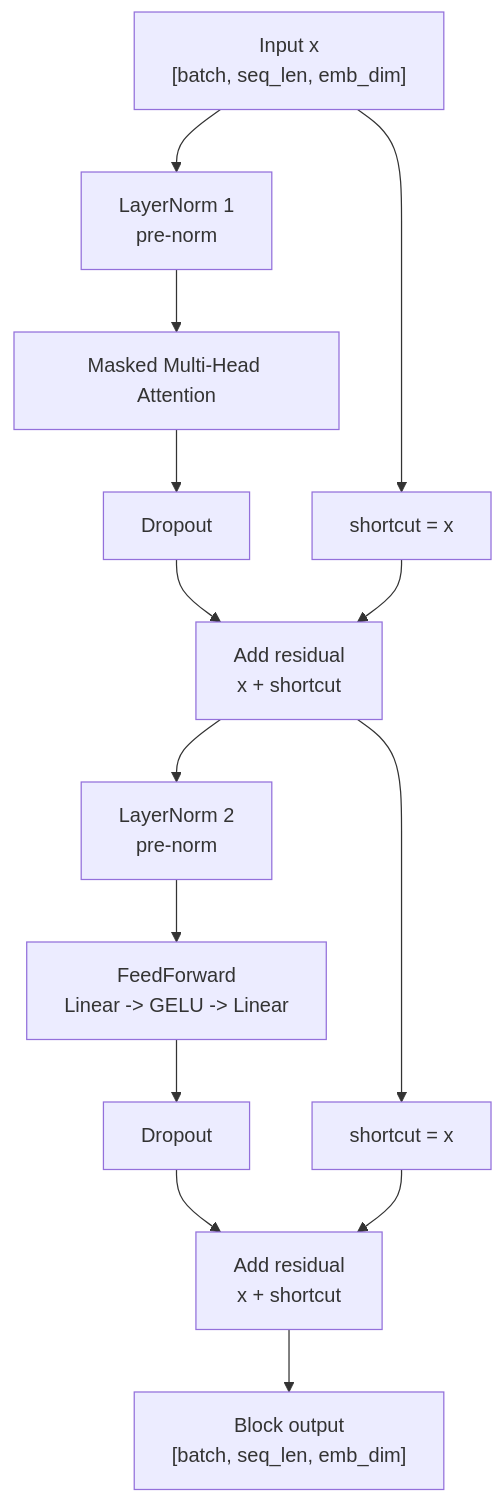
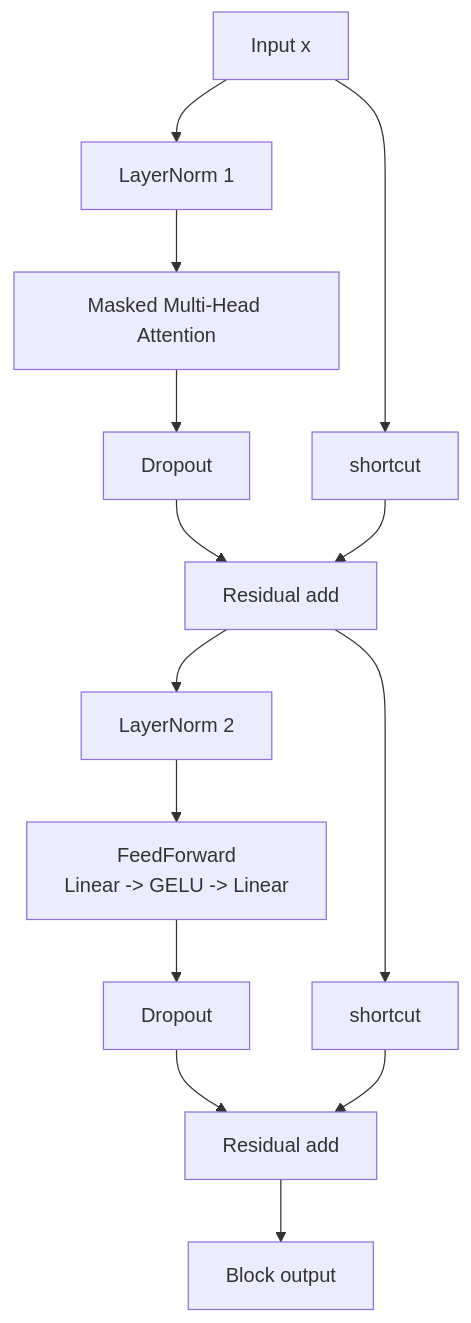
One commit to boslbosl/ai-specialist-26-language changed the second of 5 diagrams in docs/diagrams/Chapter_4_Excercise_GPT.md. Above: the diagram before and after it, drawn with Mermaid. The commit also changed other lines of this file and 10 other files, not shown here.

Commit message:
Add diagrams for chapters through chapter 7

````diff
--- a/docs/diagrams/Chapter_4_Excercise_GPT.md
+++ b/docs/diagrams/Chapter_4_Excercise_GPT.md
@@ -47,17 +25,16 @@
 ```mermaid
 flowchart TD
-    X["Input x<br/>[batch, seq_len, emb_dim]"] --> S1["shortcut = x"]
-    X --> LN1["LayerNorm 1<br/>pre-norm"]
-    LN1 --> ATT["Masked Multi-Head Attention"]
-    ATT --> Drop1["Dropout"]
-    Drop1 --> Add1["Add residual<br/>x + shortcut"]
+    X["Input x"] --> S1["shortcut"]
+    X --> LN1["LayerNorm 1"]
+    LN1 --> MHA["Masked Multi-Head Attention"]
+    MHA --> Drop1["Dropout"]
+    Drop1 --> Add1["Residual add"]
     S1 --> Add1
-
-    Add1 --> S2["shortcut = x"]
-    Add1 --> LN2["LayerNorm 2<br/>pre-norm"]
-    LN2 --> FF["FeedForward<br/>Linear -> GELU -> Linear"]
-    FF --> Drop2["Dropout"]
-    Drop2 --> Add2["Add residual<br/>x + shortcut"]
+    Add1 --> S2["shortcut"]
+    Add1 --> LN2["LayerNorm 2"]
+    LN2 --> FFN["FeedForward<br/>Linear -> GELU -> Linear"]
+    FFN --> Drop2["Dropout"]
+    Drop2 --> Add2["Residual add"]
     S2 --> Add2
-    Add2 --> Out["Block output<br/>[batch, seq_len, emb_dim]"]
+    Add2 --> Out["Block output"]
 ```
````
